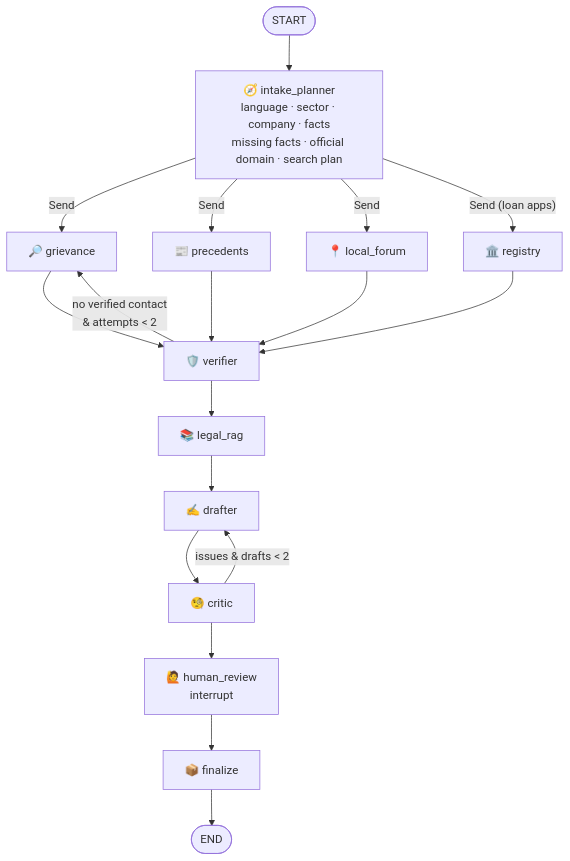
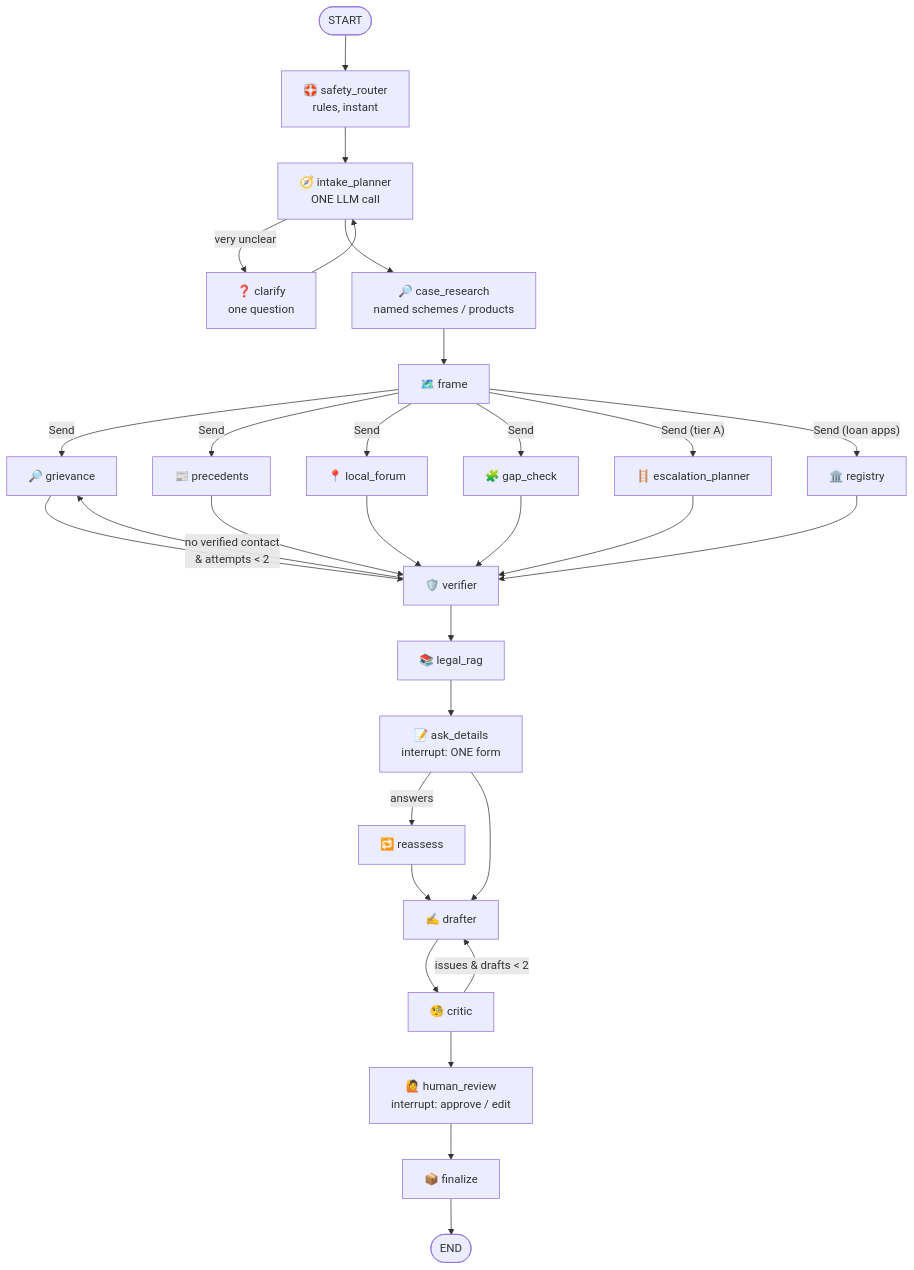
The diagram in README.md (alokkv2502/shikayat_sathi), drawn with Mermaid before and after one commit. The commit also changed other lines of this file and 29 other files, not shown here.

````diff
--- a/README.md
+++ b/README.md
@@ -44,19 +51,24 @@
 ```mermaid
 flowchart TD
-  S([START]) --> I[🧭 intake_planner<br/>language · sector · company · facts<br/>missing facts · official domain · search plan]
-  I -- Send --> G[🔎 grievance]
-  I -- Send --> P[📰 precedents]
-  I -- Send --> L[📍 local_forum]
-  I -- "Send (loan apps)" --> R[🏛️ registry]
-  G --> V[🛡️ verifier]
-  P --> V
-  L --> V
-  R --> V
+  S([START]) --> SR[🛟 safety_router<br/>rules, instant]
+  SR --> I[🧭 intake_planner<br/>ONE LLM call]
+  I -- "very unclear" --> Q[❓ clarify<br/>one question] --> I
+  I --> CR[🔎 case_research<br/>named schemes / products]
+  CR --> FR[🗺️ frame]
+  FR -- Send --> G[🔎 grievance]
+  FR -- Send --> P[📰 precedents]
+  FR -- Send --> L[📍 local_forum]
+  FR -- Send --> GC[🧩 gap_check]
+  FR -- "Send (tier A)" --> EP[🪜 escalation_planner]
+  FR -- "Send (loan apps)" --> R[🏛️ registry]
+  G & P & L & GC & EP & R --> V[🛡️ verifier]
   V -- "no verified contact<br/>& attempts < 2" --> G
   V --> RAG[📚 legal_rag]
-  RAG --> D[✍️ drafter]
+  RAG --> AD[📝 ask_details<br/>interrupt: ONE form]
+  AD -- answers --> RA[🔁 reassess] --> D
+  AD --> D[✍️ drafter]
   D --> C[🧐 critic]
   C -- "issues & drafts < 2" --> D
-  C --> H[🙋 human_review<br/>interrupt]
+  C --> H[🙋 human_review<br/>interrupt: approve / edit]
   H --> F[📦 finalize] --> E([END])
 ```
````
